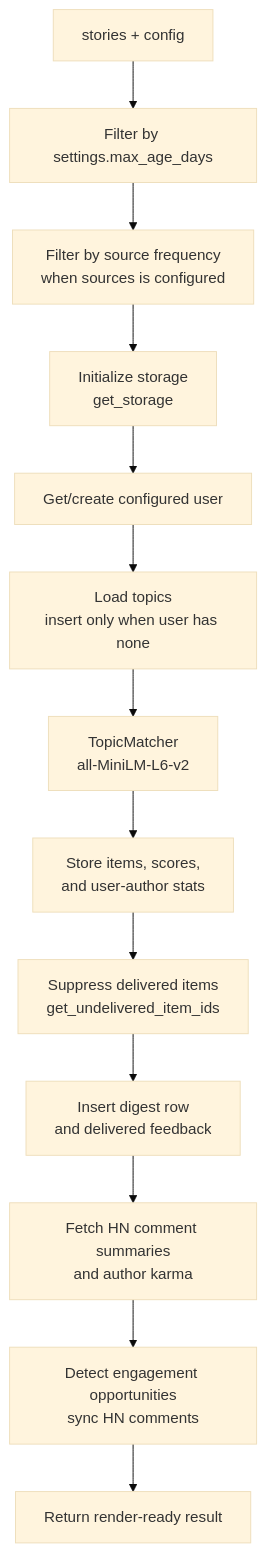
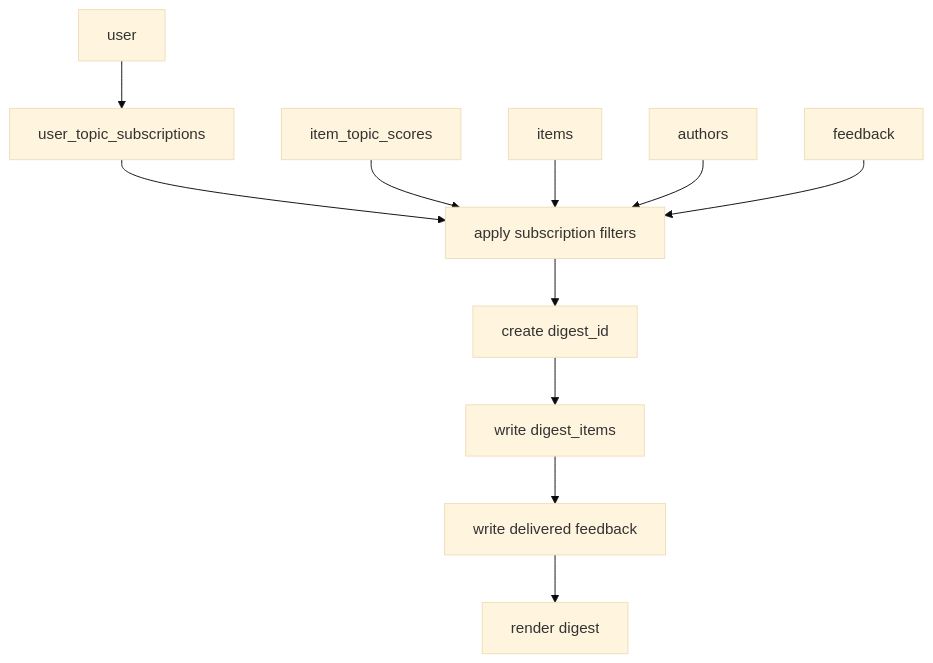
One commit to centerfield1904/knowledge-os changed the fourth of 6 diagrams in ARCHITECTURE.md. Above: the diagram before and after it, drawn with Mermaid (base theme). The commit also changed other lines of this file and 75 other files, not shown here.

Commit message:
Modularize digest architecture

````diff
--- a/ARCHITECTURE.md
+++ b/ARCHITECTURE.md
@@ -71,18 +207,21 @@
 ```mermaid
 flowchart TD
-    input["stories + config"]
-    age["Filter by settings.max_age_days"]
-    frequency["Filter by source frequency<br/>when sources is configured"]
-    storage["Initialize storage<br/>get_storage"]
-    user["Get/create configured user"]
-    topics["Load topics<br/>insert only when user has none"]
-    match["TopicMatcher<br/>all-MiniLM-L6-v2"]
-    persist["Store items, scores,<br/>and user-author stats"]
-    gate["Suppress delivered items<br/>get_undelivered_item_ids"]
-    digest["Insert digest row<br/>and delivered feedback"]
-    enrich["Fetch HN comment summaries<br/>and author karma"]
-    engagement["Detect engagement opportunities<br/>sync HN comments"]
-    result["Return render-ready result"]
+    user["user"]
+    subscriptions["user_topic_subscriptions"]
+    scores["item_topic_scores"]
+    items["items"]
+    authors["authors"]
+    feedback["feedback"]
+    select["apply subscription filters"]
+    create_digest["create digest_id"]
+    digest_items["write digest_items"]
+    delivered["write delivered feedback"]
+    render["render digest"]
 
-    input --> age --> frequency --> storage --> user --> topics --> match --> persist --> gate --> digest --> enrich --> engagement --> result
+    user --> subscriptions --> select
+    scores --> select
+    items --> select
+    authors --> select
+    feedback --> select
+    select --> create_digest --> digest_items --> delivered --> render
 ```
````
